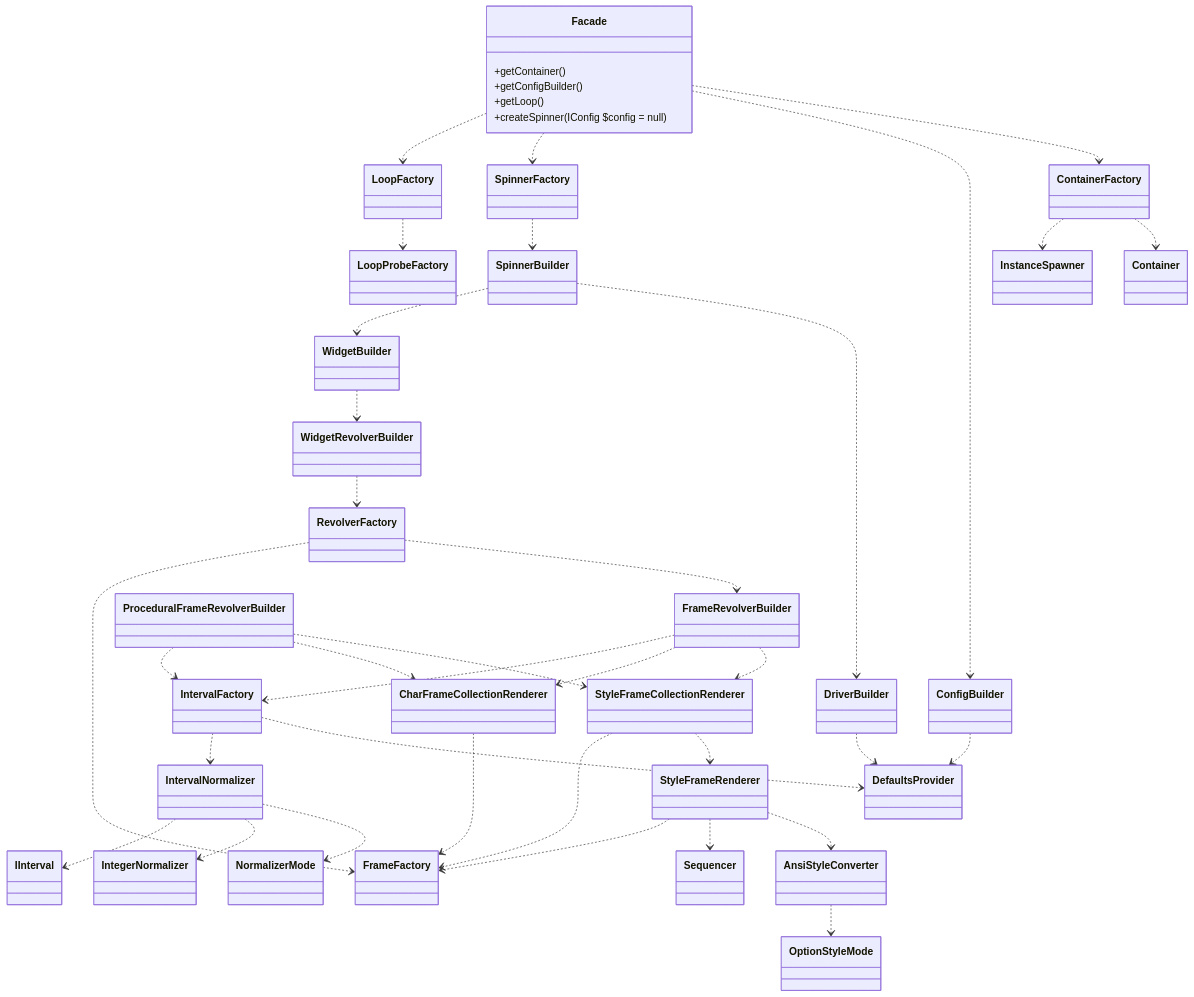
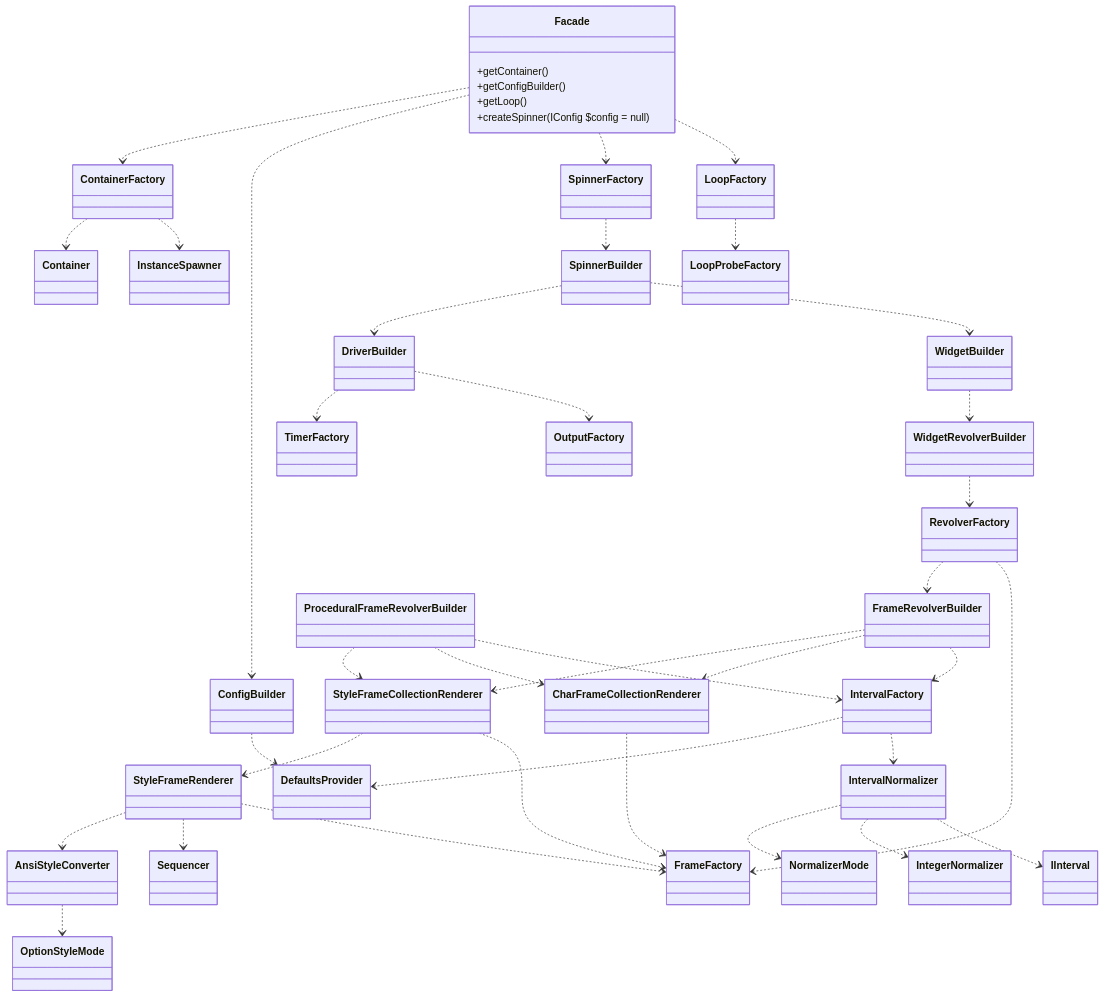
Before and after one commit to alecrabbit/php-console-spinner: the diagram in doc/info/hierarchy/services.md, drawn with Mermaid. The commit also changed 23 other files, not shown here.

````diff
--- a/doc/info/hierarchy/services.md
+++ b/doc/info/hierarchy/services.md
@@ -3,64 +3,65 @@
 ```mermaid
 classDiagram
     direction TB
     Facade ..> ContainerFactory
     Facade ..> ConfigBuilder
     Facade ..> SpinnerFactory
     Facade ..> LoopFactory
     
     ContainerFactory ..> Container
     ContainerFactory ..> InstanceSpawner
     
     class Facade {
         +getContainer()
         +getConfigBuilder()
         +getLoop()
         +createSpinner(IConfig $config = null)
     }
     
     SpinnerFactory ..> SpinnerBuilder
 
     ConfigBuilder ..> DefaultsProvider
 
     LoopFactory ..> LoopProbeFactory
     
     SpinnerBuilder ..> DriverBuilder
     SpinnerBuilder ..> WidgetBuilder
     
-    DriverBuilder ..> DefaultsProvider
+    DriverBuilder ..> TimerFactory
+    DriverBuilder ..> OutputFactory
     
     WidgetBuilder ..> WidgetRevolverBuilder
     
     WidgetRevolverBuilder ..> RevolverFactory
     
     RevolverFactory ..> FrameRevolverBuilder
     RevolverFactory ..> FrameFactory
     
     FrameRevolverBuilder ..> StyleFrameCollectionRenderer
     FrameRevolverBuilder ..> CharFrameCollectionRenderer
     FrameRevolverBuilder ..> IntervalFactory
     
     IntervalFactory ..> DefaultsProvider
     IntervalFactory ..> IntervalNormalizer
     
     IntervalNormalizer ..> NormalizerMode
     IntervalNormalizer ..> IntegerNormalizer
     IntervalNormalizer ..> IInterval
     
     StyleFrameCollectionRenderer ..> StyleFrameRenderer
     StyleFrameCollectionRenderer ..> FrameFactory
     
     CharFrameCollectionRenderer ..> FrameFactory
     
     StyleFrameRenderer ..> AnsiStyleConverter
     StyleFrameRenderer ..> Sequencer
     StyleFrameRenderer ..> FrameFactory
     
     AnsiStyleConverter ..> OptionStyleMode
     
     
     ProceduralFrameRevolverBuilder ..> StyleFrameCollectionRenderer
     ProceduralFrameRevolverBuilder ..> CharFrameCollectionRenderer
     ProceduralFrameRevolverBuilder ..> IntervalFactory
     
 ```
````
